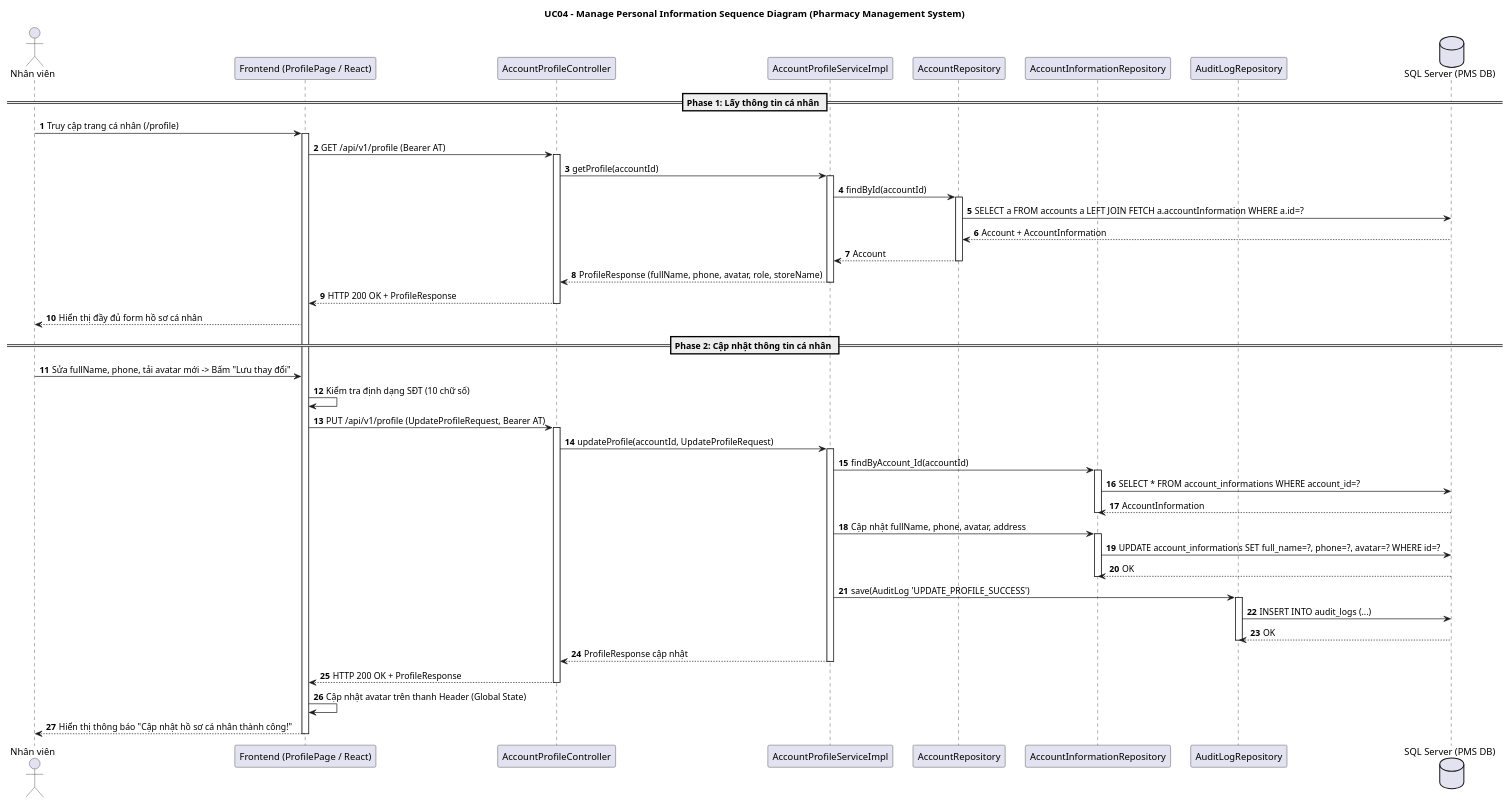
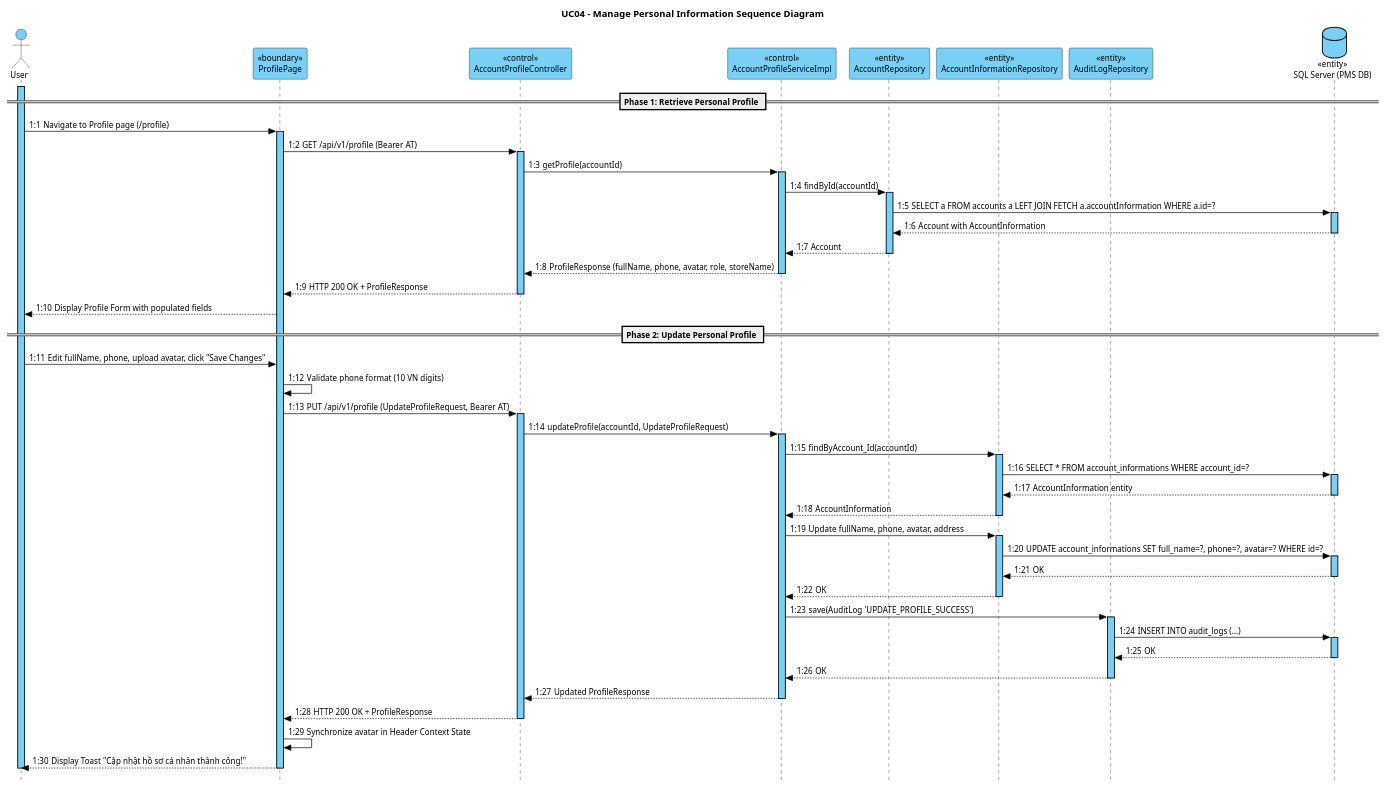
One commit to TuanNam1121/PharmacyManagementSystem changed the diagram in TaiLieu_SRS_SDS/SDS/SequenceDiagrams/01_Authentication/SQ04_Manage_Personal_Info.puml. Above: the diagram before and after it, drawn with PlantUML. The commit also changed 32 other files, not shown here.

Commit message:
docs: standardize all 16 sequence diagrams to Visual Paradigm style (#7ACFF5, stereotypes, lifelines)

```diff
--- a/TaiLieu_SRS_SDS/SDS/SequenceDiagrams/01_Authentication/SQ04_Manage_Personal_Info.puml
+++ b/TaiLieu_SRS_SDS/SDS/SequenceDiagrams/01_Authentication/SQ04_Manage_Personal_Info.puml
@@ -1,67 +1,109 @@
 @startuml SQ04_Manage_Personal_Info
-title UC04 - Manage Personal Information Sequence Diagram (Pharmacy Management System)
-autonumber
-skinparam BoxPadding 10
-skinparam ParticipantPadding 10
+title UC04 - Manage Personal Information Sequence Diagram
+autonumber "1:"
+skinparam style strictuml
+skinparam sequenceMessageAlign left
+skinparam defaultFontName Arial
+skinparam defaultFontSize 12
 
-actor User as "Nhân viên"
-participant FE as "Frontend (ProfilePage / React)"
-participant APC as "AccountProfileController"
-participant APS as "AccountProfileServiceImpl"
-participant AR as "AccountRepository"
-participant AIR as "AccountInformationRepository"
-participant ALR as "AuditLogRepository"
-database DB as "SQL Server (PMS DB)"
+skinparam sequence {
+    LifeLineBorderColor #000000
+    LifeLineBackgroundColor #7ACFF5
+    ParticipantBorderColor #000000
+    ParticipantBackgroundColor #7ACFF5
+    ParticipantFontColor #000000
+    ParticipantFontSize 12
+    ActorBorderColor #000000
+    ActorBackgroundColor #7ACFF5
+    ActorFontColor #000000
+    ArrowColor #000000
+    ArrowFontColor #000000
+    GroupBorderColor #000000
+}
 
-== Phase 1: Lấy thông tin cá nhân ==
-User -> FE: Truy cập trang cá nhân (/profile)
-activate FE
-FE -> APC: GET /api/v1/profile (Bearer AT)
-activate APC
-APC -> APS: getProfile(accountId)
-activate APS
-APS -> AR: findById(accountId)
-activate AR
-AR -> DB: SELECT a FROM accounts a LEFT JOIN FETCH a.accountInformation WHERE a.id=?
-DB --> AR: Account + AccountInformation
-AR --> APS: Account
-deactivate AR
-APS --> APC: ProfileResponse (fullName, phone, avatar, role, storeName)
-deactivate APS
-APC --> FE: HTTP 200 OK + ProfileResponse
-deactivate APC
-FE --> User: Hiển thị đầy đủ form hồ sơ cá nhân
+actor "User" as User #7ACFF5
+participant "<<boundary>>\nProfilePage" as ProfilePage #7ACFF5
+participant "<<control>>\nAccountProfileController" as ProfileController #7ACFF5
+participant "<<control>>\nAccountProfileServiceImpl" as ProfileServiceImpl #7ACFF5
+participant "<<entity>>\nAccountRepository" as AccountRepository #7ACFF5
+participant "<<entity>>\nAccountInformationRepository" as AccountInfoRepo #7ACFF5
+participant "<<entity>>\nAuditLogRepository" as AuditLogRepo #7ACFF5
+database "<<entity>>\nSQL Server (PMS DB)" as DB #7ACFF5
 
-== Phase 2: Cập nhật thông tin cá nhân ==
-User -> FE: Sửa fullName, phone, tải avatar mới -> Bấm "Lưu thay đổi"
-FE -> FE: Kiểm tra định dạng SĐT (10 chữ số)
-FE -> APC: PUT /api/v1/profile (UpdateProfileRequest, Bearer AT)
-activate APC
-APC -> APS: updateProfile(accountId, UpdateProfileRequest)
-activate APS
-APS -> AIR: findByAccount_Id(accountId)
-activate AIR
-AIR -> DB: SELECT * FROM account_informations WHERE account_id=?
-DB --> AIR: AccountInformation
-deactivate AIR
+== Phase 1: Retrieve Personal Profile ==
+activate User #7ACFF5
+User -> ProfilePage: Navigate to Profile page (/profile)
+activate ProfilePage #7ACFF5
 
-APS -> AIR: Cập nhật fullName, phone, avatar, address
-activate AIR
-AIR -> DB: UPDATE account_informations SET full_name=?, phone=?, avatar=? WHERE id=?
-DB --> AIR: OK
-deactivate AIR
+ProfilePage -> ProfileController: GET /api/v1/profile (Bearer AT)
+activate ProfileController #7ACFF5
 
-APS -> ALR: save(AuditLog 'UPDATE_PROFILE_SUCCESS')
-activate ALR
-ALR -> DB: INSERT INTO audit_logs (...)
-DB --> ALR: OK
-deactivate ALR
+ProfileController -> ProfileServiceImpl: getProfile(accountId)
+activate ProfileServiceImpl #7ACFF5
 
-APS --> APC: ProfileResponse cập nhật
-deactivate APS
-APC --> FE: HTTP 200 OK + ProfileResponse
-deactivate APC
-FE -> FE: Cập nhật avatar trên thanh Header (Global State)
-FE --> User: Hiển thị thông báo "Cập nhật hồ sơ cá nhân thành công!"
-deactivate FE
+ProfileServiceImpl -> AccountRepository: findById(accountId)
+activate AccountRepository #7ACFF5
+AccountRepository -> DB: SELECT a FROM accounts a LEFT JOIN FETCH a.accountInformation WHERE a.id=?
+activate DB #7ACFF5
+DB --> AccountRepository: Account with AccountInformation
+deactivate DB
+AccountRepository --> ProfileServiceImpl: Account
+deactivate AccountRepository
+
+ProfileServiceImpl --> ProfileController: ProfileResponse (fullName, phone, avatar, role, storeName)
+deactivate ProfileServiceImpl
+
+ProfileController --> ProfilePage: HTTP 200 OK + ProfileResponse
+deactivate ProfileController
+
+ProfilePage --> User: Display Profile Form with populated fields
+
+== Phase 2: Update Personal Profile ==
+User -> ProfilePage: Edit fullName, phone, upload avatar, click "Save Changes"
+ProfilePage -> ProfilePage: Validate phone format (10 VN digits)
+
+ProfilePage -> ProfileController: PUT /api/v1/profile (UpdateProfileRequest, Bearer AT)
+activate ProfileController #7ACFF5
+
+ProfileController -> ProfileServiceImpl: updateProfile(accountId, UpdateProfileRequest)
+activate ProfileServiceImpl #7ACFF5
+
+ProfileServiceImpl -> AccountInfoRepo: findByAccount_Id(accountId)
+activate AccountInfoRepo #7ACFF5
+AccountInfoRepo -> DB: SELECT * FROM account_informations WHERE account_id=?
+activate DB #7ACFF5
+DB --> AccountInfoRepo: AccountInformation entity
+deactivate DB
+AccountInfoRepo --> ProfileServiceImpl: AccountInformation
+deactivate AccountInfoRepo
+
+ProfileServiceImpl -> AccountInfoRepo: Update fullName, phone, avatar, address
+activate AccountInfoRepo #7ACFF5
+AccountInfoRepo -> DB: UPDATE account_informations SET full_name=?, phone=?, avatar=? WHERE id=?
+activate DB #7ACFF5
+DB --> AccountInfoRepo: OK
+deactivate DB
+AccountInfoRepo --> ProfileServiceImpl: OK
+deactivate AccountInfoRepo
+
+ProfileServiceImpl -> AuditLogRepo: save(AuditLog 'UPDATE_PROFILE_SUCCESS')
+activate AuditLogRepo #7ACFF5
+AuditLogRepo -> DB: INSERT INTO audit_logs (...)
+activate DB #7ACFF5
+DB --> AuditLogRepo: OK
+deactivate DB
+AuditLogRepo --> ProfileServiceImpl: OK
+deactivate AuditLogRepo
+
+ProfileServiceImpl --> ProfileController: Updated ProfileResponse
+deactivate ProfileServiceImpl
+
+ProfileController --> ProfilePage: HTTP 200 OK + ProfileResponse
+deactivate ProfileController
+
+ProfilePage -> ProfilePage: Synchronize avatar in Header Context State
+ProfilePage --> User: Display Toast "Cập nhật hồ sơ cá nhân thành công!"
+
+deactivate ProfilePage
+deactivate User
 @enduml
```
